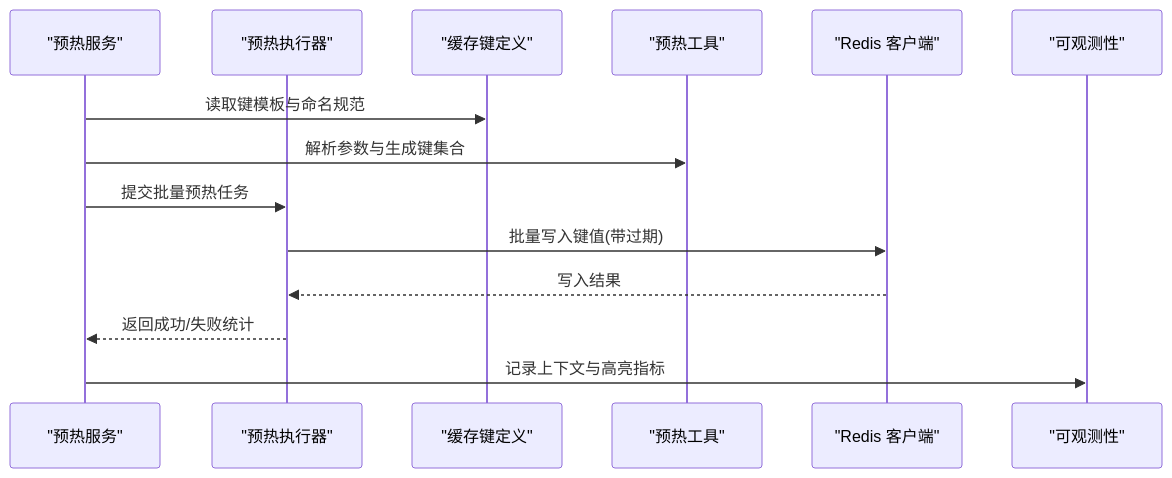
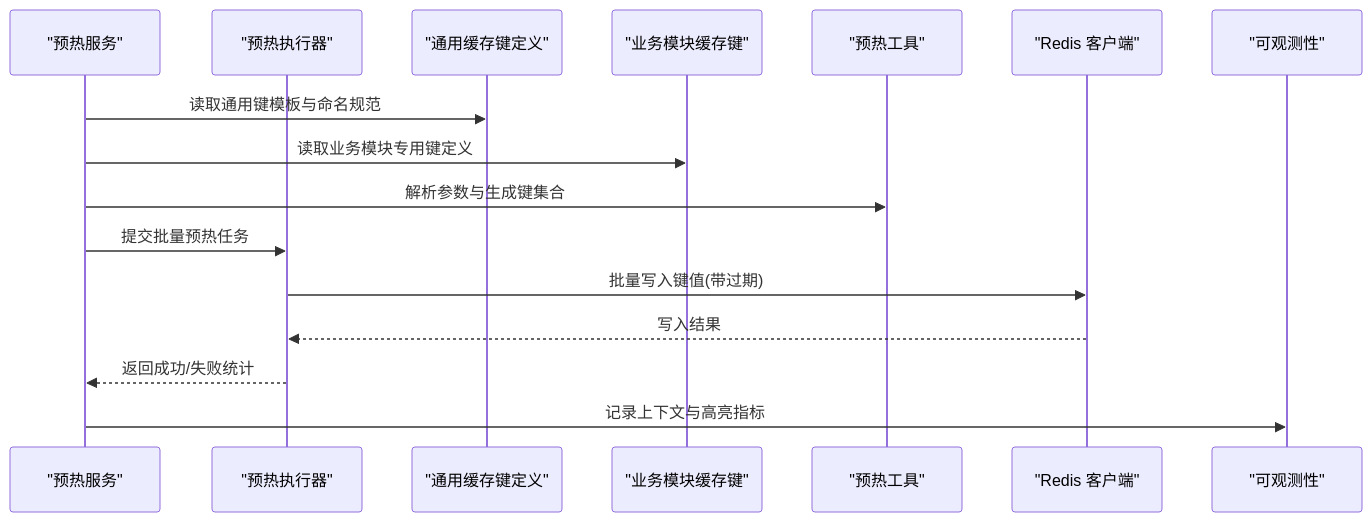
One commit to rc558620/purelyprofit-server changed the second of 4 diagrams in .qoder/repowiki/zh/content/缓存系统/缓存策略设计.md. Above: the diagram before and after it, drawn with Mermaid. The commit also changed other lines of this file and 65 other files, not shown here.

````diff
--- a/.qoder/repowiki/zh/content/缓存系统/缓存策略设计.md
+++ b/.qoder/repowiki/zh/content/缓存系统/缓存策略设计.md
@@ -121,16 +156,18 @@
 ```mermaid
 sequenceDiagram
 participant Svc as "预热服务"
 participant Exec as "预热执行器"
-participant Keys as "缓存键定义"
+participant Keys as "通用缓存键定义"
+participant BKeys as "业务模块缓存键"
 participant Utils as "预热工具"
 participant Redis as "Redis 客户端"
 participant Obs as "可观测性"
-Svc->>Keys : 读取键模板与命名规范
+Svc->>Keys : 读取通用键模板与命名规范
+Svc->>BKeys : 读取业务模块专用键定义
 Svc->>Utils : 解析参数与生成键集合
 Svc->>Exec : 提交批量预热任务
 Exec->>Redis : 批量写入键值(带过期)
 Redis-->>Exec : 写入结果
 Exec-->>Svc : 返回成功/失败统计
 Svc->>Obs : 记录上下文与高亮指标
 ```
````
